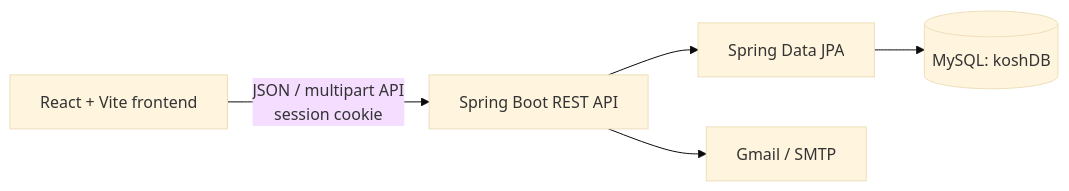
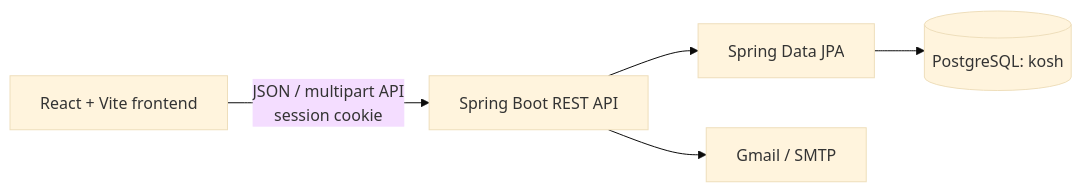
Before and after one commit to asalpaudel/kosh: the diagram in README.md, drawn with Mermaid (base theme). The commit also changed other lines of this file and 45 other files, not shown here.

````diff
--- a/README.md
+++ b/README.md
@@ -34,7 +34,7 @@
 ```mermaid
 flowchart LR
     Browser[React + Vite frontend] -->|JSON / multipart API<br/>session cookie| API[Spring Boot REST API]
     API --> JPA[Spring Data JPA]
-    JPA --> DB[(MySQL: koshDB)]
+    JPA --> DB[(PostgreSQL: kosh)]
     API --> SMTP[Gmail / SMTP]
 ```
````
